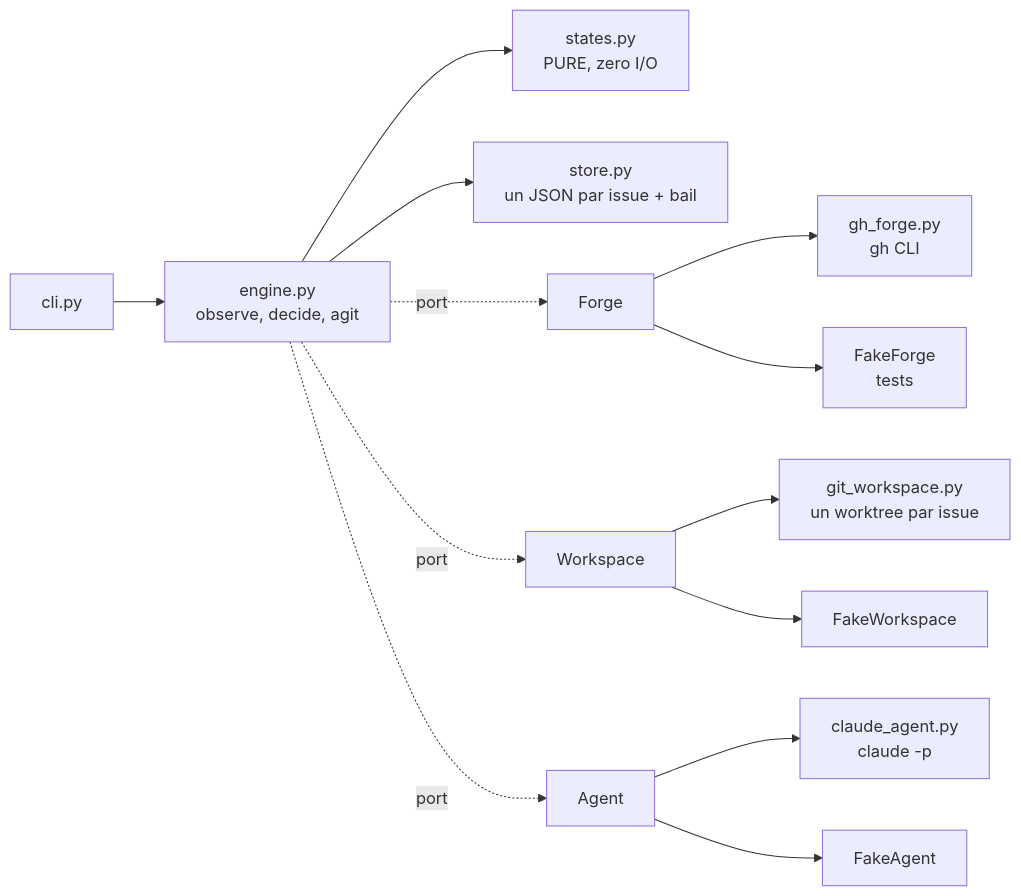
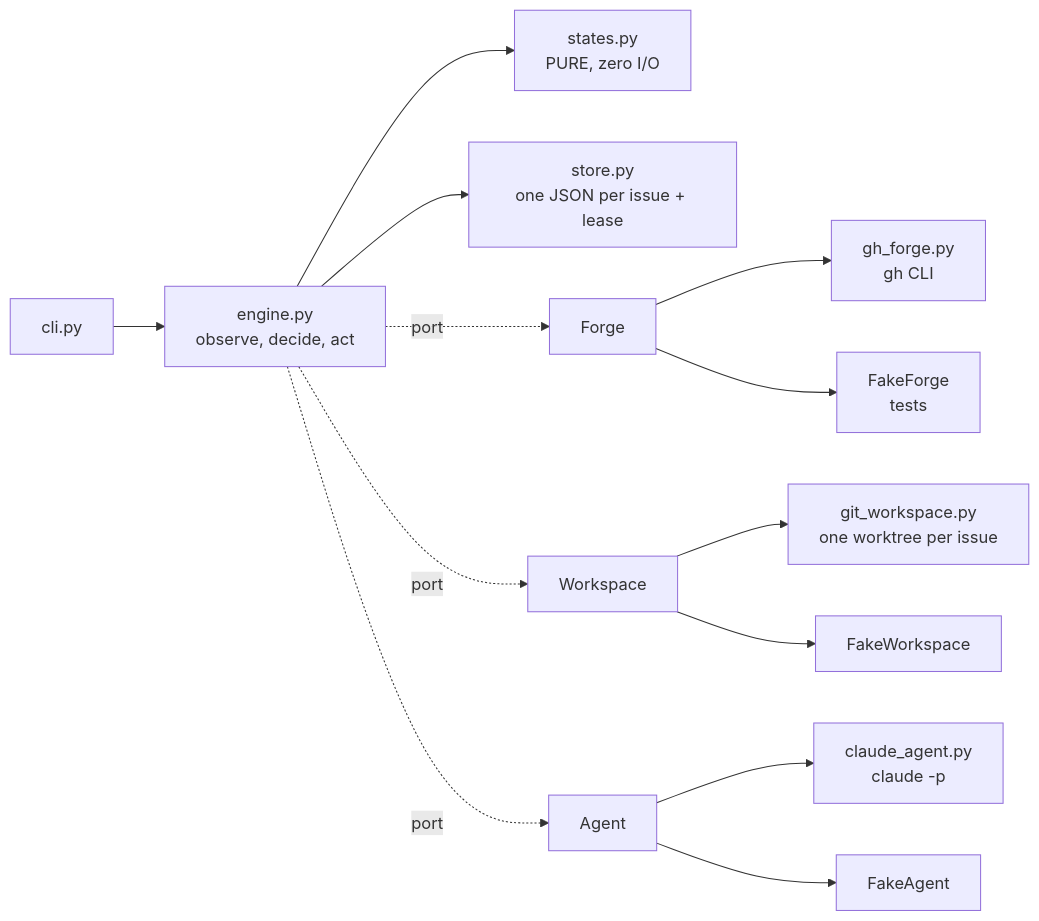
Before and after one commit to MasterLaplace/LplCraftSkills: the diagram in forgeron/docs/ARCHITECTURE.md, drawn with Mermaid. The commit also changed 16 other files, not shown here.

First line of the commit message:
docs: Mermaid diagram text moves to English, the prose stays French

````diff
--- a/forgeron/docs/ARCHITECTURE.md
+++ b/forgeron/docs/ARCHITECTURE.md
@@ -27,15 +27,15 @@
 ```mermaid
 graph LR
-    CLI[cli.py] --> ENG[engine.py<br/>observe, decide, agit]
+    CLI[cli.py] --> ENG[engine.py<br/>observe, decide, act]
     ENG --> ST[states.py<br/>PURE, zero I/O]
-    ENG --> STORE[store.py<br/>un JSON par issue + bail]
+    ENG --> STORE[store.py<br/>one JSON per issue + lease]
     ENG -.port.-> F[Forge]
     ENG -.port.-> W[Workspace]
     ENG -.port.-> A[Agent]
     F --> GH[gh_forge.py<br/>gh CLI]
     F --> FF[FakeForge<br/>tests]
-    W --> GIT[git_workspace.py<br/>un worktree par issue]
+    W --> GIT[git_workspace.py<br/>one worktree per issue]
     W --> FW[FakeWorkspace]
     A --> CL[claude_agent.py<br/>claude -p]
     A --> FA[FakeAgent]
 ```
````
